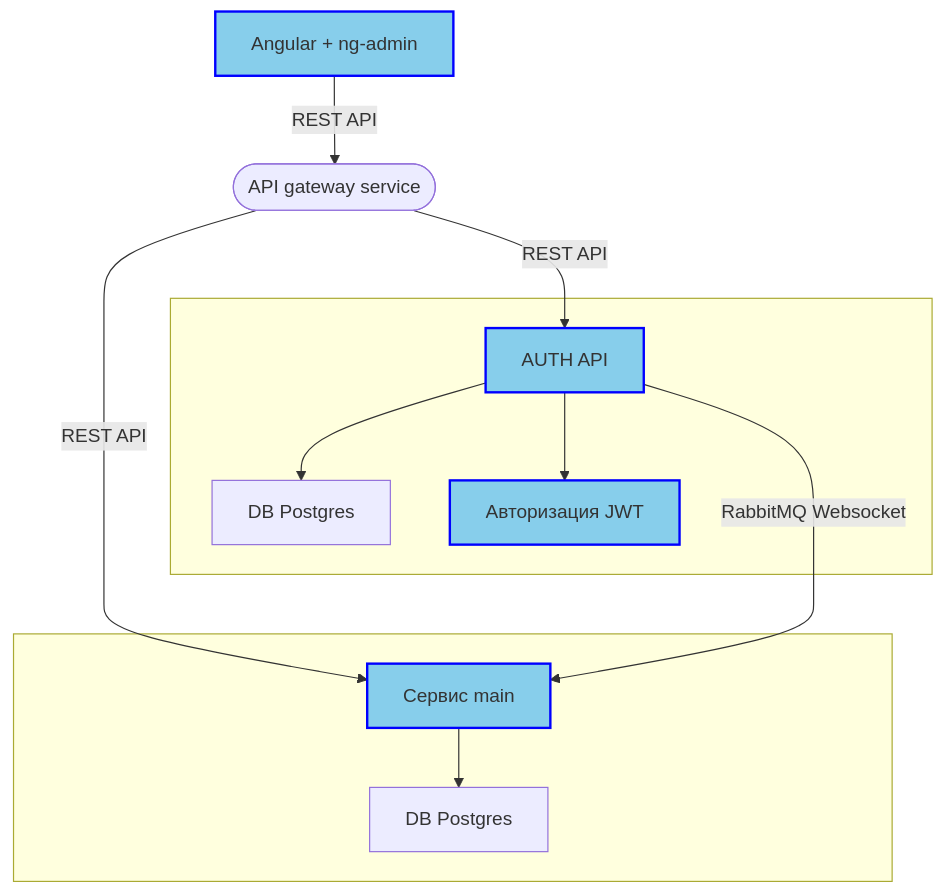
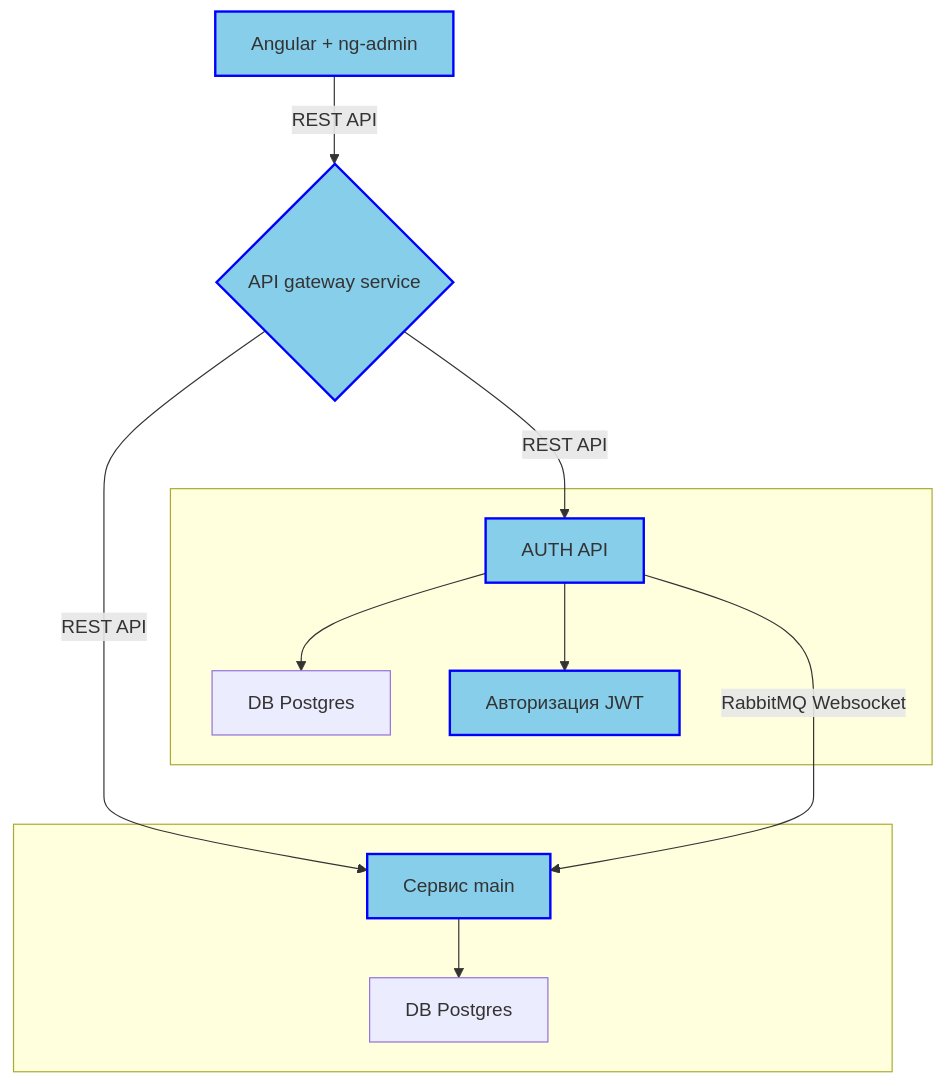
The diagram in Проект жкх/Архитектура/Мнемосхема.md (AlexeyMan/note-obsidian), drawn with Mermaid before and after one commit. The commit also changed 18 other files, not shown here.

````diff
--- a/Проект жкх/Архитектура/Мнемосхема.md
+++ b/Проект жкх/Архитектура/Мнемосхема.md
@@ -4,28 +4,29 @@
 ```mermaid 
 graph TD
     classDef class1 fill: skyblue, stroke: blue, stroke-width:2px
 
     A[Angular + ng-admin]:::class1
     %%B{RabbitMQ}:::class1%%
+    F{API gateway service}:::class1
     E[AUTH API]:::class1
     D[Сервис main]:::class1
-    F([API gateway service])
+    %%F([API gateway service])%%
     G[DB Postgres]
     Z[DB Postgres]
     C[Авторизация JWT]:::class1 
     A-->|REST API| F
     F-->|REST API| E
     F-->|REST API| D
     %%B--API-->E%%
     subgraph  
     E --> G
     E --> C
     end
     %%E-->|RabbitMQ | D%%
     %%B--API-->D%%
     subgraph  
     D --> Z
     E --->|RabbitMQ Websocket| D
     end
 	click C "http://www.github.com" _blank
 ```
````
